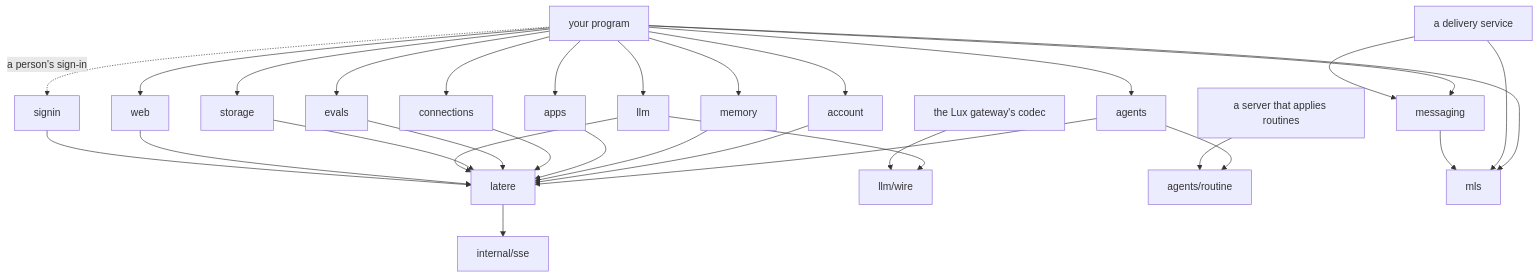
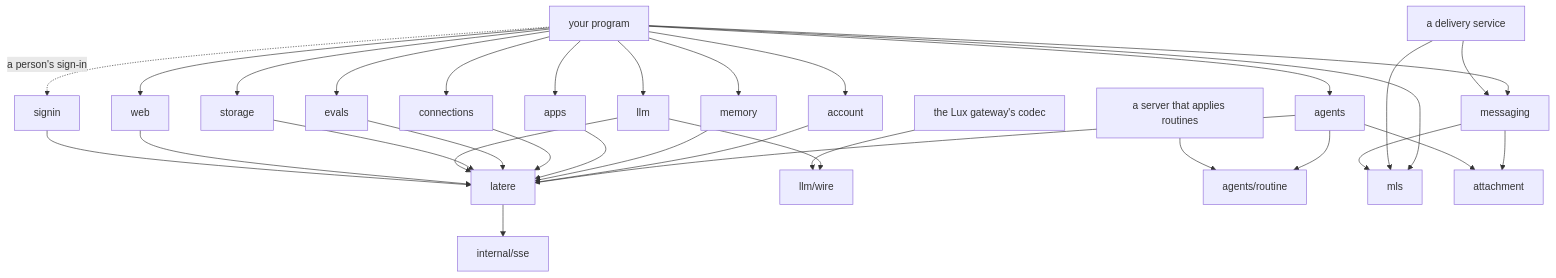
One commit to latere-ai/sdk-go changed the diagram in docs/design.md. Above: the diagram before and after it, drawn with Mermaid. The commit also changed other lines of this file and 11 other files, not shown here.

````diff
--- a/docs/design.md
+++ b/docs/design.md
@@ -23,33 +23,35 @@
 ```mermaid
 flowchart TD
     agents --> latere
     account --> latere
     memory --> latere
     apps --> latere
     connections --> latere
     evals --> latere
     storage --> latere
     llm --> latere
     llm --> wire[llm/wire]
     agents --> routine[agents/routine]
     web --> latere
     signin --> latere
     latere --> sse[internal/sse]
     app[your program] --> agents
     app --> account
     app --> memory
     app --> apps
     app --> connections
     app --> evals
     app --> storage
     app --> llm
     app --> web
     app -. a person's sign-in .-> signin
     gateway[the Lux gateway's codec] --> wire
     server[a server that applies routines] --> routine
     app --> mls
     ds[a delivery service] --> mls
     app --> messaging
     ds --> messaging
     messaging --> mls
+    messaging --> attachment
+    agents --> attachment
 ```
````
